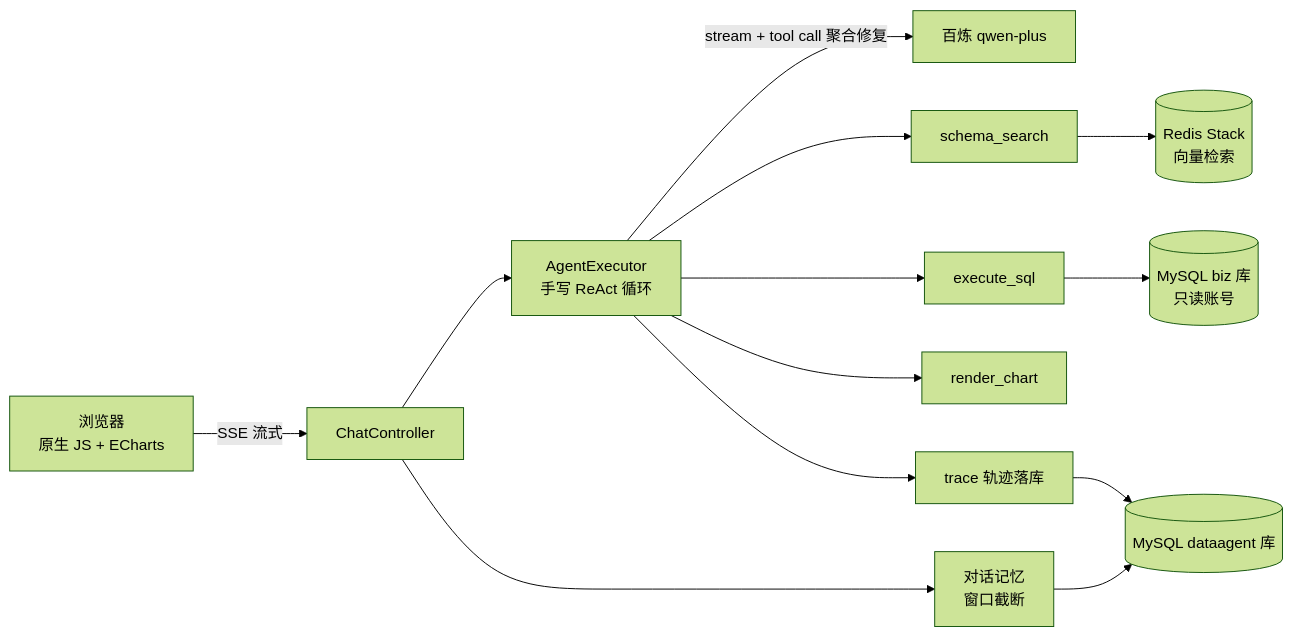
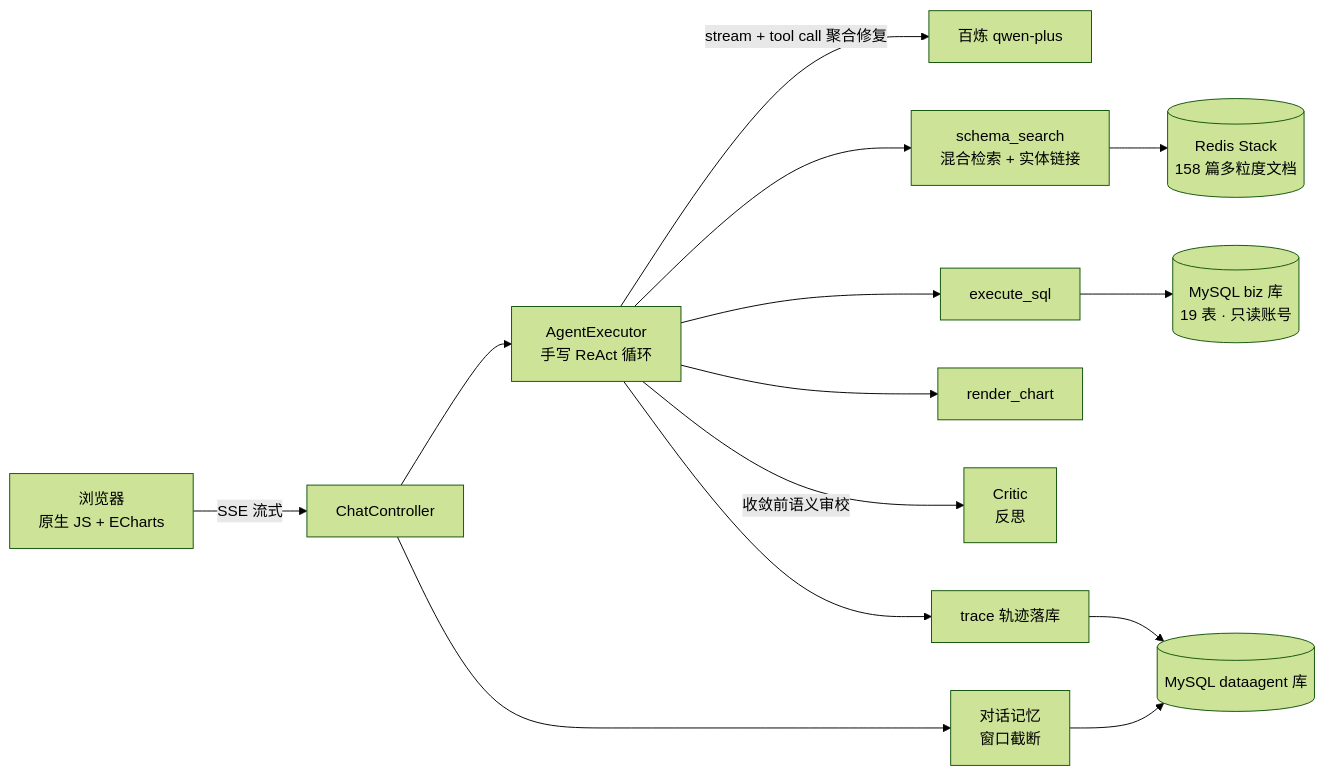
One commit to sinon1101/query-pilot changed the diagram in README.md. Above: the diagram before and after it, drawn with Mermaid (forest theme). The commit also changed other lines of this file and 8 other files, not shown here.

First line of the commit message:
文档与评测集：v2/AB 结果、schema linking 与反思发现

````diff
--- a/README.md
+++ b/README.md
@@ -32,14 +41,15 @@
 ```mermaid
 flowchart LR
     U[浏览器<br>原生 JS + ECharts] -- "SSE 流式" --> C[ChatController]
     C --> E[AgentExecutor<br>手写 ReAct 循环]
     E -- "stream + tool call 聚合修复" --> LLM[百炼 qwen-plus]
-    E --> T1[schema_search]
+    E --> T1[schema_search<br>混合检索 + 实体链接]
     E --> T2[execute_sql]
     E --> T3[render_chart]
-    T1 --> R[(Redis Stack<br>向量检索)]
-    T2 --> M[(MySQL biz 库<br>只读账号)]
+    E -- "收敛前语义审校" --> CR[Critic<br>反思]
+    T1 --> R[(Redis Stack<br>158 篇多粒度文档)]
+    T2 --> M[(MySQL biz 库<br>19 表 · 只读账号)]
     E --> TR[trace 轨迹落库]
     C --> MEM[对话记忆<br>窗口截断]
     TR & MEM --> M2[(MySQL dataagent 库)]
 ```
````
